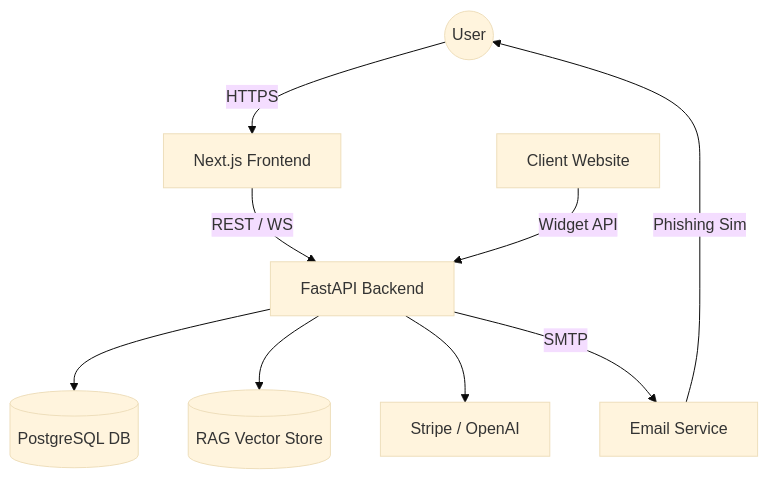
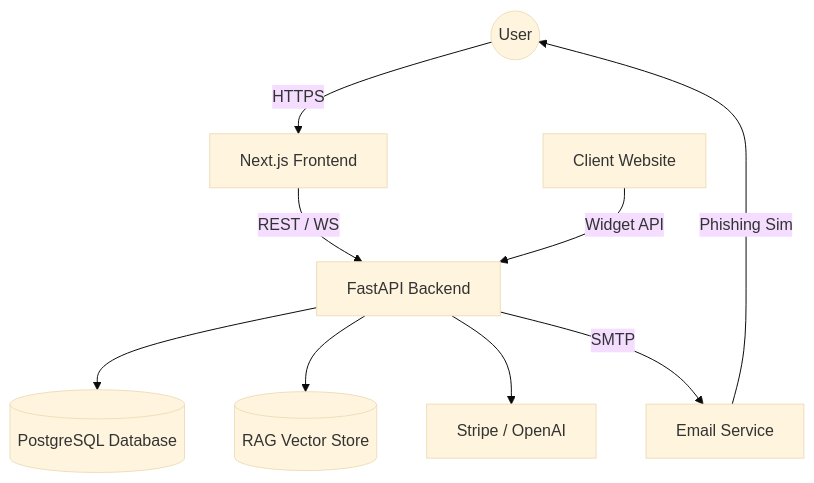
The diagram in README.md (NoorAhmed786/SecureGuard), drawn with Mermaid (base theme) before and after one commit.

Commit message:
Fix: Quote Mermaid labels in README for compatibility

````diff
--- a/README.md
+++ b/README.md
@@ -72,15 +72,15 @@
 ```mermaid
 graph TD
-    User((User)) -->|HTTPS| Frontend[Next.js Frontend]
-    Frontend -->|REST / WS| Backend[FastAPI Backend]
-    Backend --> DB[(PostgreSQL DB)]
-    Backend --> Vector[(RAG Vector Store)]
-    Backend --> External[Stripe / OpenAI]
+    User(("User")) -->|HTTPS| Frontend["Next.js Frontend"]
+    Frontend -->|REST / WS| Backend["FastAPI Backend"]
+    Backend --> DB[("PostgreSQL Database")]
+    Backend --> Vector[("RAG Vector Store")]
+    Backend --> External["Stripe / OpenAI"]
     
     %% Widget Flow
-    ClientSite[Client Website] -->|Widget API| Backend
+    ClientSite["Client Website"] -->|Widget API| Backend
     
     %% Simulation Flow
-    Backend -->|SMTP| Email[Email Service]
+    Backend -->|SMTP| Email["Email Service"]
     Email -->|Phishing Sim| User
 ```
````
